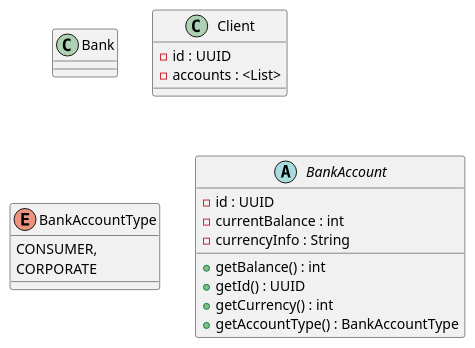
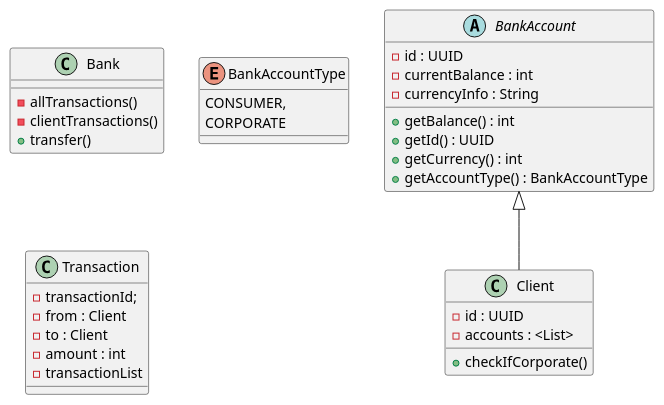
One commit to dinuie/OnlineBankingSim changed the diagram in uml.puml. Above: the diagram before and after it, drawn with PlantUML. The commit also changed 13 other files, not shown here.

```diff
--- a/uml.puml
+++ b/uml.puml
@@ -1,27 +1,37 @@
 @startuml
 class Bank{
-
+- allTransactions()
+- clientTransactions()
++ transfer()
 }
 
-class Client{
+class Client extends BankAccount{
 - id : UUID
 - accounts : <List>
++checkIfCorporate()
 }
 
 enum BankAccountType{
 CONSUMER,
 CORPORATE
 }
 
 abstract class BankAccount{
 - id : UUID
 - currentBalance : int
 - currencyInfo : String
 + getBalance() : int
 + getId() : UUID
 + getCurrency() : int
 + getAccountType() : BankAccountType
 }
 
+class Transaction{
+- transactionId;
+- from : Client
+- to : Client
+- amount : int
+- transactionList
+}
 
 @enduml
```
